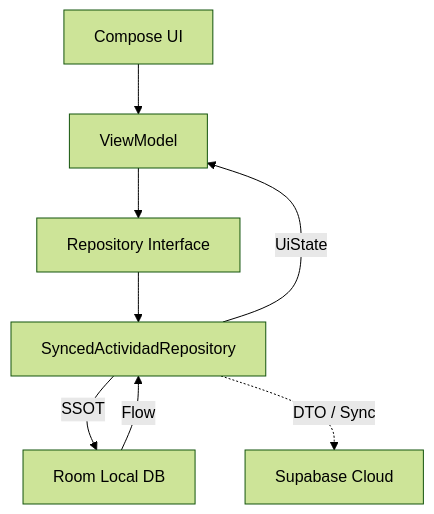
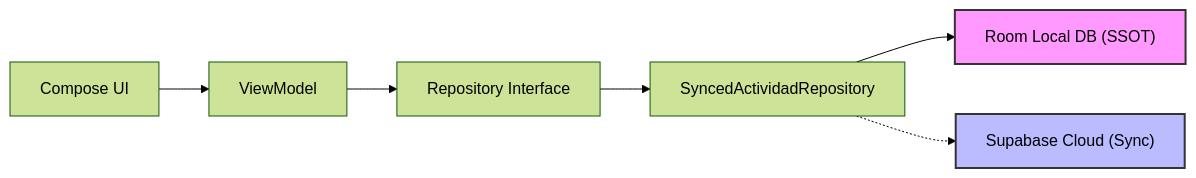
One commit to Ficha-3169892-FormacionCTMA/MiFormacionCTMA changed the diagram in Readme.md. Above: the diagram before and after it, drawn with Mermaid (forest theme). The commit also changed other lines of this file and 27 other files, not shown here.

````diff
--- a/Readme.md
+++ b/Readme.md
@@ -33,10 +33,11 @@
 ```mermaid
-graph TD
-    A[Compose UI] --> B[ViewModel]
-    B --> C[Repository Interface]
-    C --> D[SyncedActividadRepository]
-    D -->|SSOT| E[Room Local DB]
-    D -.->|DTO / Sync| F[Supabase Cloud]
-    E -->|Flow| D
-    D -->|UiState| B
+graph LR
+    A["Compose UI"] --> B["ViewModel"]
+    B --> C["Repository Interface"]
+    C --> D["SyncedActividadRepository"]
+    D --> E["Room Local DB (SSOT)"]
+    D -.-> F["Supabase Cloud (Sync)"]
+    
+    style E fill:#f9f,stroke:#333,stroke-width:2px
+    style F fill:#bbf,stroke:#333,stroke-width:2px
 ```
````
